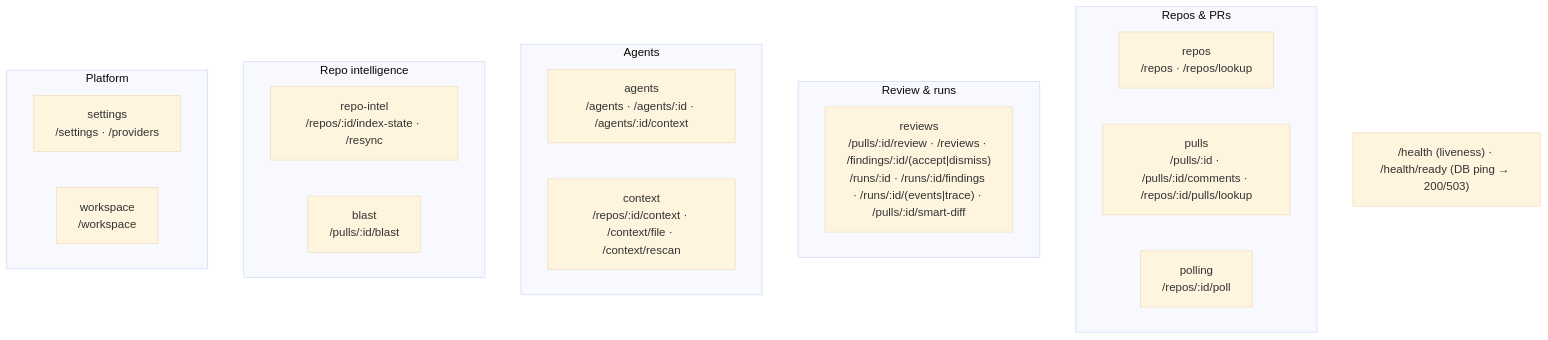
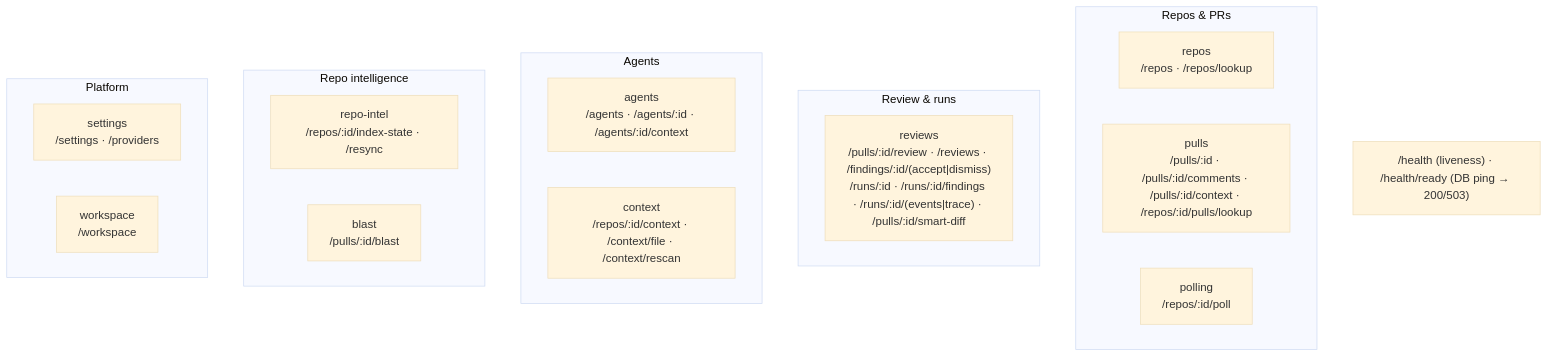
One commit to asf-harlock/dev-digest changed the second of 2 diagrams in server/README.md. Above: the diagram before and after it, drawn with Mermaid (base theme). The commit also changed other lines of this file and 91 other files, not shown here.

````diff
--- a/server/README.md
+++ b/server/README.md
@@ -66,24 +66,24 @@
 ```mermaid
 flowchart TB
   subgraph Repos_PRs["Repos & PRs"]
     repos["repos<br/>/repos · /repos/lookup"]
-    pulls["pulls<br/>/pulls/:id · /pulls/:id/comments · /repos/:id/pulls/lookup"]
+    pulls["pulls<br/>/pulls/:id · /pulls/:id/comments · /pulls/:id/context · /repos/:id/pulls/lookup"]
     polling["polling<br/>/repos/:id/poll"]
   end
   subgraph Review["Review & runs"]
     reviews["reviews<br/>/pulls/:id/review · /reviews · /findings/:id/(accept|dismiss)<br/>/runs/:id · /runs/:id/findings · /runs/:id/(events|trace) · /pulls/:id/smart-diff"]
   end
   subgraph Agents["Agents"]
     agents["agents<br/>/agents · /agents/:id · /agents/:id/context"]
     context["context<br/>/repos/:id/context · /context/file · /context/rescan"]
   end
   subgraph Intel["Repo intelligence"]
     repoIntel["repo-intel<br/>/repos/:id/index-state · /resync"]
     blast["blast<br/>/pulls/:id/blast"]
   end
   subgraph Platform["Platform"]
     settings["settings<br/>/settings · /providers"]
     workspace["workspace<br/>/workspace"]
   end
   HEALTH["/health (liveness) · /health/ready (DB ping → 200/503)"]
 ```
````
